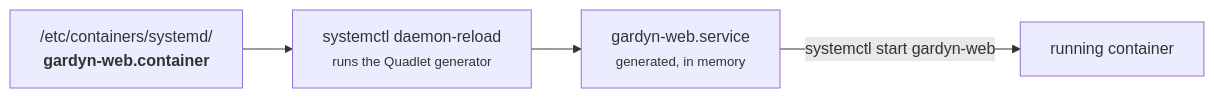
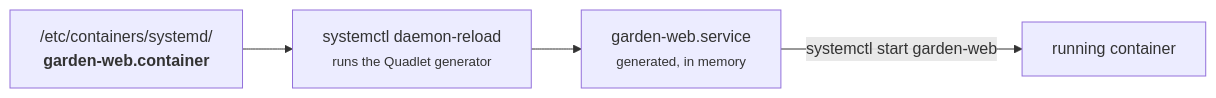
Before and after one commit to aero530/garden_monitor: the second of 2 diagrams in DEPLOYMENT.md, drawn with Mermaid. The commit also changed other lines of this file and 272 other files, not shown here.

First line of the commit message:
Rename the project from gardyn to garden

````diff
--- a/DEPLOYMENT.md
+++ b/DEPLOYMENT.md
@@ -250,8 +250,8 @@
 ```mermaid
 flowchart LR
-  a["/etc/containers/systemd/<br/><b>gardyn-web.container</b>"]
+  a["/etc/containers/systemd/<br/><b>garden-web.container</b>"]
   b["systemctl daemon-reload<br/><small>runs the Quadlet generator</small>"]
-  c["gardyn-web.service<br/><small>generated, in memory</small>"]
+  c["garden-web.service<br/><small>generated, in memory</small>"]
   d["running container"]
-  a --> b --> c -- "systemctl start gardyn-web" --> d
+  a --> b --> c -- "systemctl start garden-web" --> d
 ```
````
